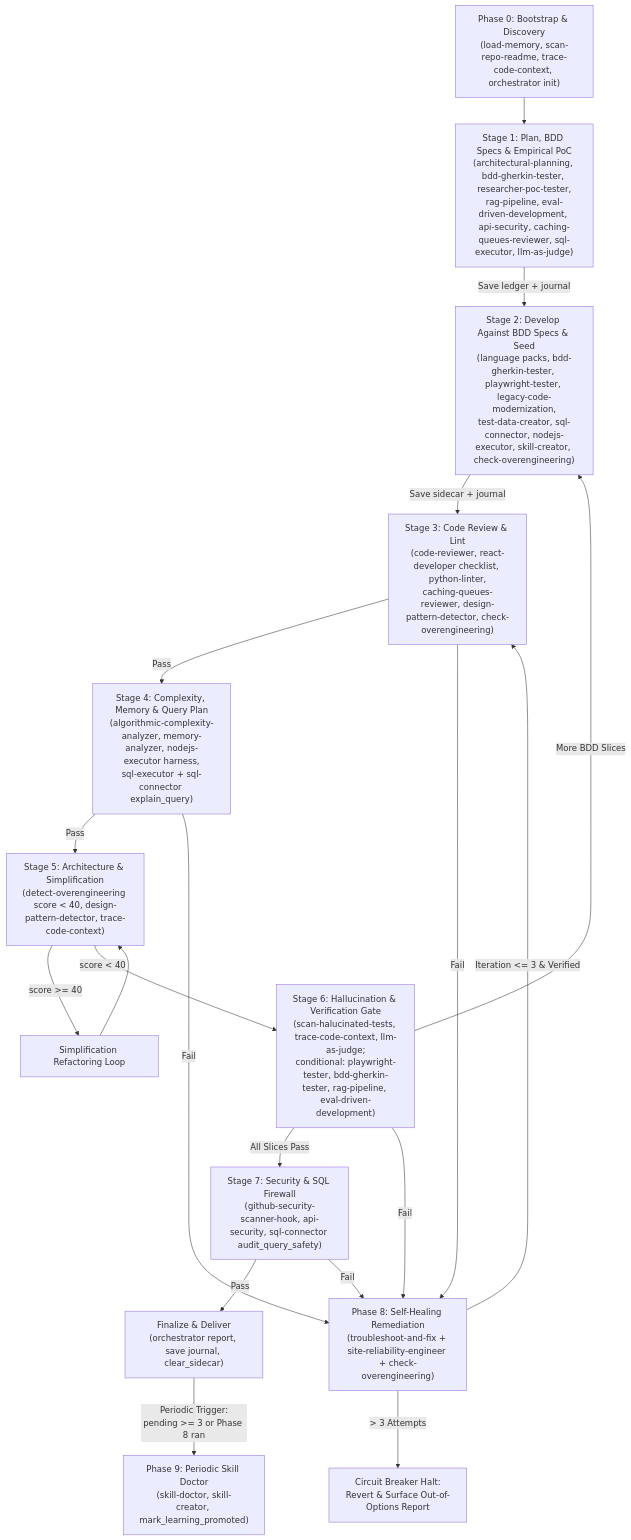
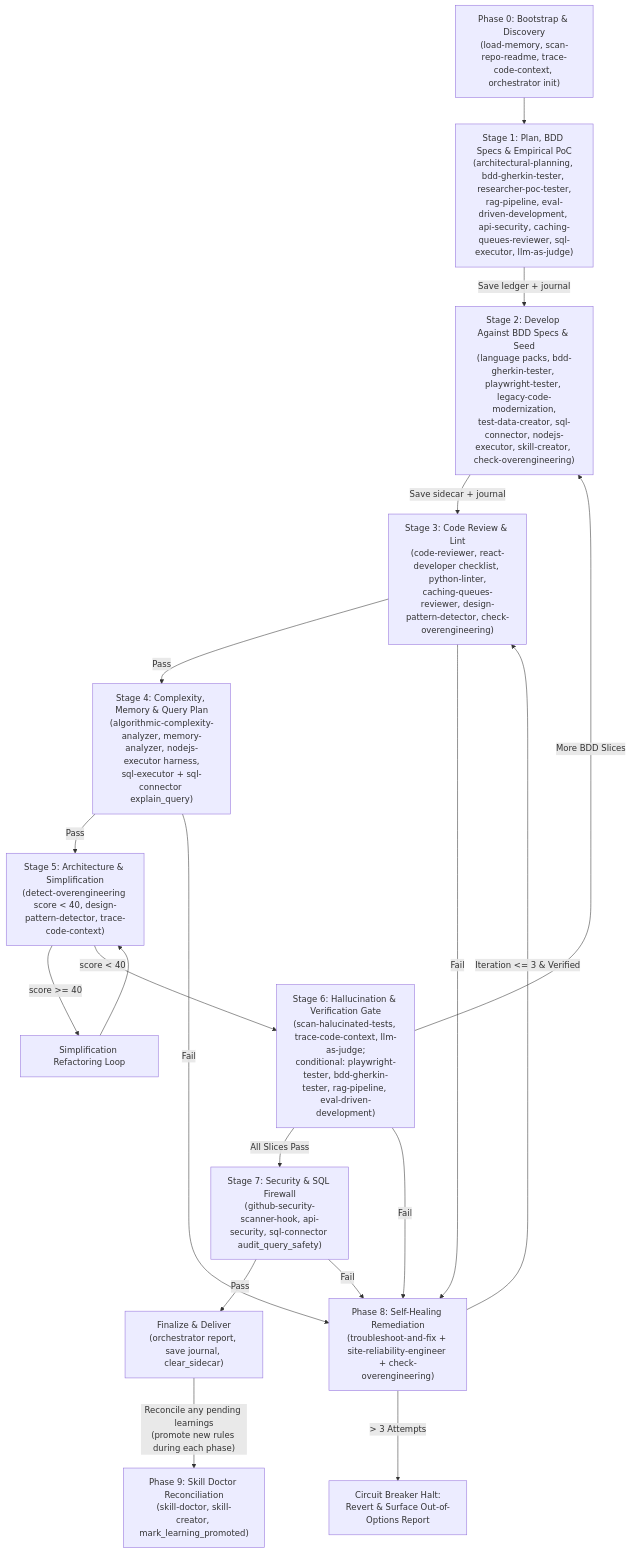
Before and after one commit to nainishshafi/developer-productivity-skills: the diagram in .github/agents/software-factory-agent.md, drawn with Mermaid. The commit also changed other lines of this file and 26 other files, not shown here.

````diff
--- a/.github/agents/software-factory-agent.md
+++ b/.github/agents/software-factory-agent.md
@@ -42,24 +42,24 @@
 ```mermaid
 flowchart TD
     B["Phase 0: Bootstrap & Discovery<br/>(load-memory, scan-repo-readme, trace-code-context, orchestrator init)"] --> S1
     S1["Stage 1: Plan, BDD Specs & Empirical PoC<br/>(architectural-planning, bdd-gherkin-tester, researcher-poc-tester,<br/>rag-pipeline, eval-driven-development, api-security, caching-queues-reviewer, sql-executor, llm-as-judge)"] -->|Save ledger + journal| S2
     S2["Stage 2: Develop Against BDD Specs & Seed<br/>(language packs, bdd-gherkin-tester, playwright-tester, legacy-code-modernization,<br/>test-data-creator, sql-connector, nodejs-executor, skill-creator, check-overengineering)"] -->|Save sidecar + journal| S3
     S3["Stage 3: Code Review & Lint<br/>(code-reviewer, react-developer checklist, python-linter,<br/>caching-queues-reviewer, design-pattern-detector, check-overengineering)"] -->|Pass| S4
     S4["Stage 4: Complexity, Memory & Query Plan<br/>(algorithmic-complexity-analyzer, memory-analyzer, nodejs-executor harness,<br/>sql-executor + sql-connector explain_query)"] -->|Pass| S5
     S5["Stage 5: Architecture & Simplification<br/>(detect-overengineering score < 40, design-pattern-detector, trace-code-context)"] -->|score >= 40| S5_Loop["Simplification Refactoring Loop"]
     S5_Loop --> S5
     S5 -->|score < 40| S6
     S6["Stage 6: Hallucination & Verification Gate<br/>(scan-halucinated-tests, trace-code-context, llm-as-judge;<br/>conditional: playwright-tester, bdd-gherkin-tester, rag-pipeline, eval-driven-development)"] -->|More BDD Slices| S2
     S6 -->|All Slices Pass| S7
     S7["Stage 7: Security & SQL Firewall<br/>(github-security-scanner-hook, api-security, sql-connector audit_query_safety)"] -->|Pass| F
 
     S3 -->|Fail| R
     S4 -->|Fail| R
     S6 -->|Fail| R
     S7 -->|Fail| R
 
     R["Phase 8: Self-Healing Remediation<br/>(troubleshoot-and-fix + site-reliability-engineer + check-overengineering)"] -->|"Iteration <= 3 & Verified"| S3
     R -->|"> 3 Attempts"| CB["Circuit Breaker Halt:<br/>Revert & Surface Out-of-Options Report"]
 
-    F["Finalize & Deliver<br/>(orchestrator report, save journal, clear_sidecar)"] -->|"Periodic Trigger:<br/>pending >= 3 or Phase 8 ran"| SD["Phase 9: Periodic Skill Doctor<br/>(skill-doctor, skill-creator, mark_learning_promoted)"]
+    F["Finalize & Deliver<br/>(orchestrator report, save journal, clear_sidecar)"] -->|"Reconcile any pending learnings<br/>(promote new rules during each phase)"| SD["Phase 9: Skill Doctor Reconciliation<br/>(skill-doctor, skill-creator, mark_learning_promoted)"]
 ```
````
